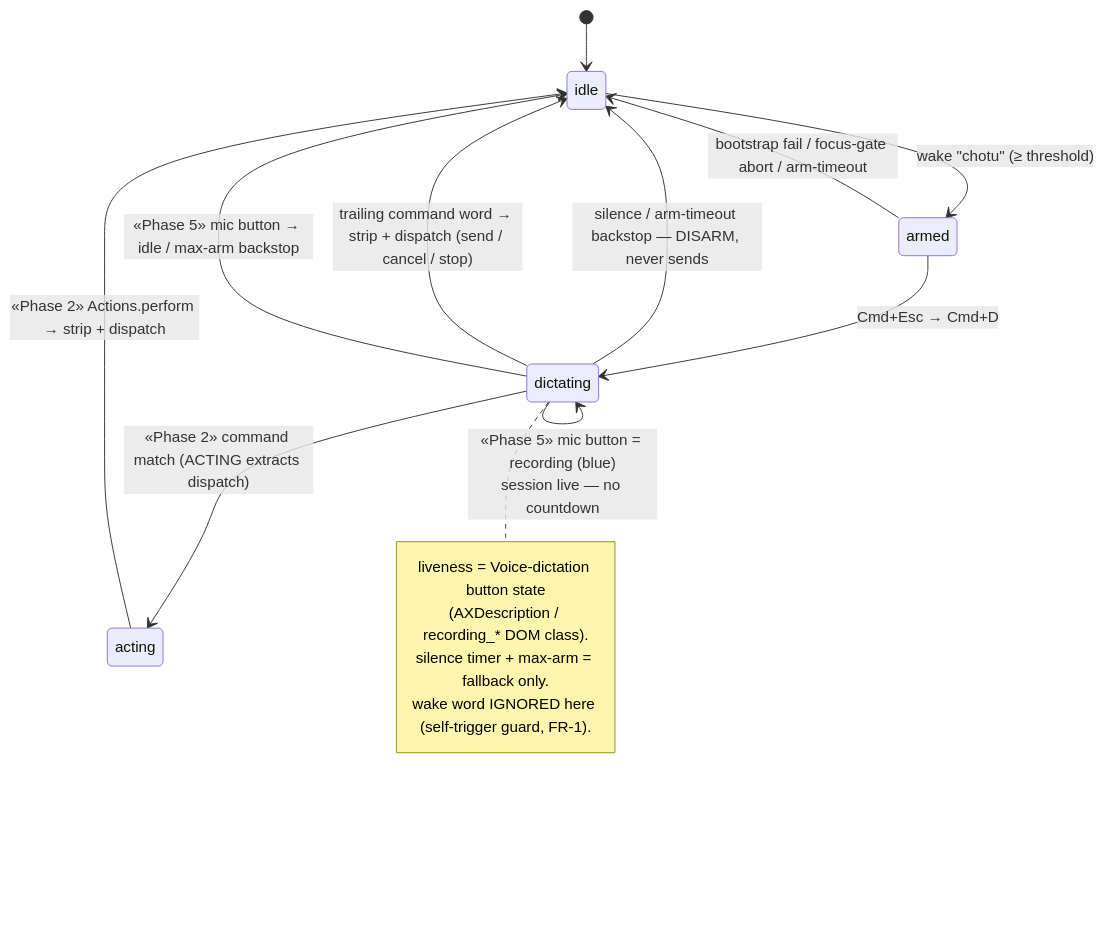
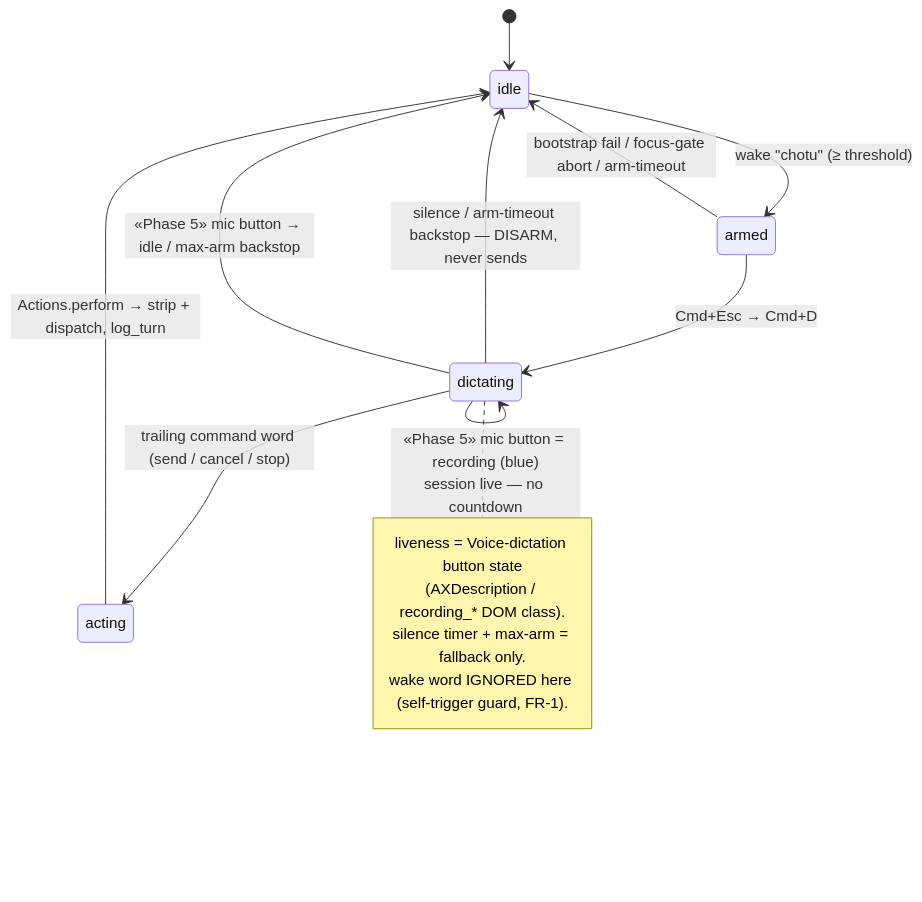
The fifth of 8 diagrams in docs/ARCHITECTURE.md (utkarshtrivedimdz/hey-claude), drawn with Mermaid before and after one commit. The commit also changed other lines of this file and 5 other files, not shown here.

````diff
--- a/docs/ARCHITECTURE.md
+++ b/docs/ARCHITECTURE.md
@@ -238,20 +239,19 @@
 ```mermaid
 stateDiagram-v2
   [*] --> idle
   idle --> armed: wake "chotu" (≥ threshold)
   armed --> idle: bootstrap fail / focus-gate abort / arm-timeout
   armed --> dictating: Cmd+Esc → Cmd+D
   dictating --> dictating: box value-changed (observe)
   dictating --> dictating: «Phase 5» mic button = recording (blue)<br/>session live — no countdown
   dictating --> idle: silence / arm-timeout backstop — DISARM, never sends
-  dictating --> idle: trailing command word → strip + dispatch (send / cancel / stop)
-  dictating --> acting: «Phase 2» command match (ACTING extracts dispatch)
-  acting --> idle: «Phase 2» Actions.perform → strip + dispatch
+  dictating --> acting: trailing command word (send / cancel / stop)
+  acting --> idle: Actions.perform → strip + dispatch, log_turn
   dictating --> idle: «Phase 5» mic button → idle / max-arm backstop
   note right of dictating
     liveness = Voice-dictation button state
     (AXDescription / recording_* DOM class).
     silence timer + max-arm = fallback only.
     wake word IGNORED here (self-trigger guard, FR-1).
   end note
 ```
````
